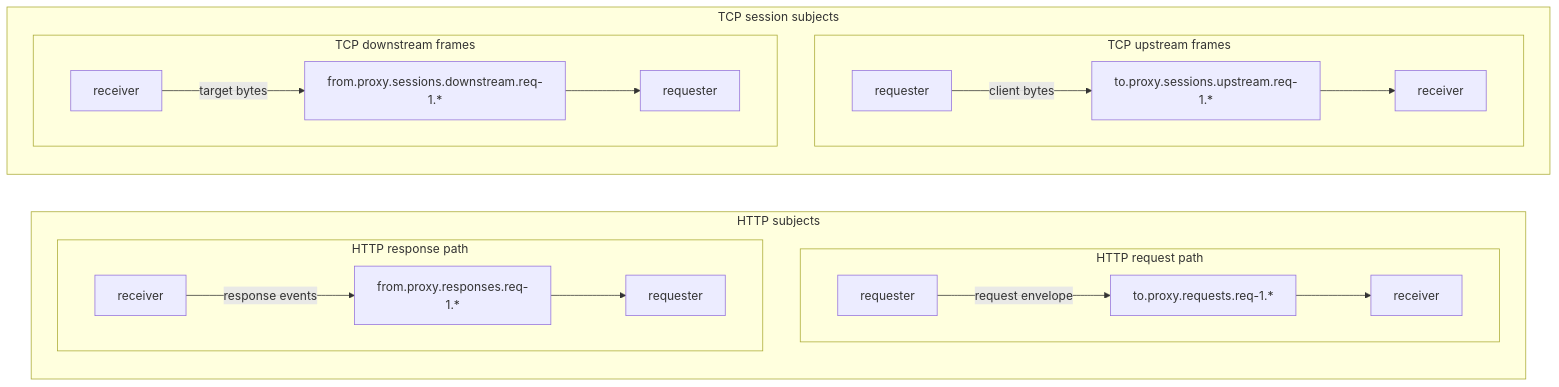
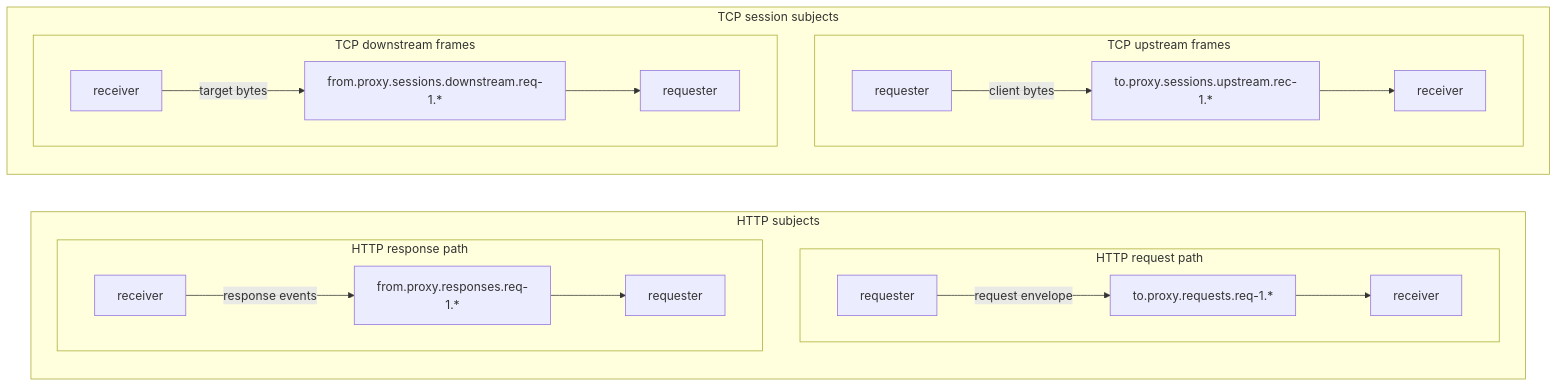
Before and after one commit to artyomb/nats-proxy: the diagram in docs-site/src/content/docs/architecture/nats-transport.md, drawn with Mermaid. The commit also changed other lines of this file and 10 other files, not shown here.

````diff
--- a/docs-site/src/content/docs/architecture/nats-transport.md
+++ b/docs-site/src/content/docs/architecture/nats-transport.md
@@ -34,34 +35,34 @@
 ```mermaid
 flowchart LR
   subgraph http_column["HTTP subjects"]
     direction TB
 
     subgraph http_request["HTTP request path"]
       direction LR
       requester_http_req["requester"] -->|request envelope| req_subject["to.proxy.requests.req-1.*"]
       req_subject --> receiver_http_req["receiver"]
     end
 
     subgraph http_response["HTTP response path"]
       direction LR
       receiver_http_res["receiver"] -->|response events| res_subject["from.proxy.responses.req-1.*"]
       res_subject --> requester_http_res["requester"]
     end
   end
 
   subgraph tcp_column["TCP session subjects"]
     direction TB
 
     subgraph tcp_upstream["TCP upstream frames"]
       direction LR
-      requester_tcp_up["requester"] -->|client bytes| up_subject["to.proxy.sessions.upstream.req-1.*"]
+      requester_tcp_up["requester"] -->|client bytes| up_subject["to.proxy.sessions.upstream.rec-1.*"]
       up_subject --> receiver_tcp_up["receiver"]
     end
 
     subgraph tcp_downstream["TCP downstream frames"]
       direction LR
       receiver_tcp_down["receiver"] -->|target bytes| down_subject["from.proxy.sessions.downstream.req-1.*"]
       down_subject --> requester_tcp_down["requester"]
     end
   end
 ```
````
